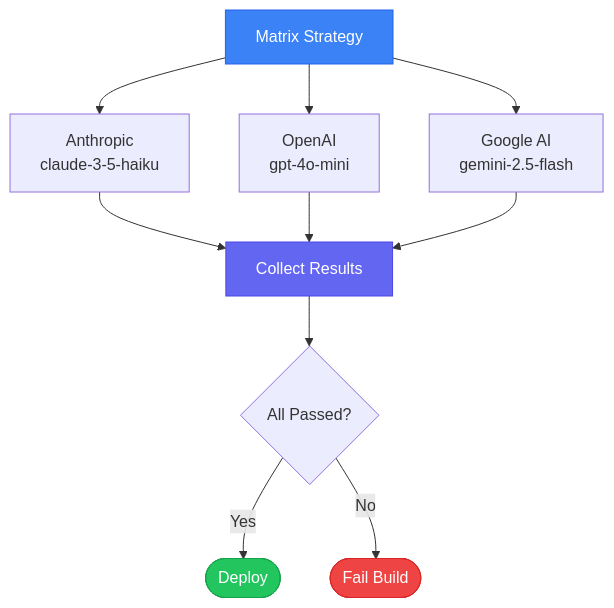
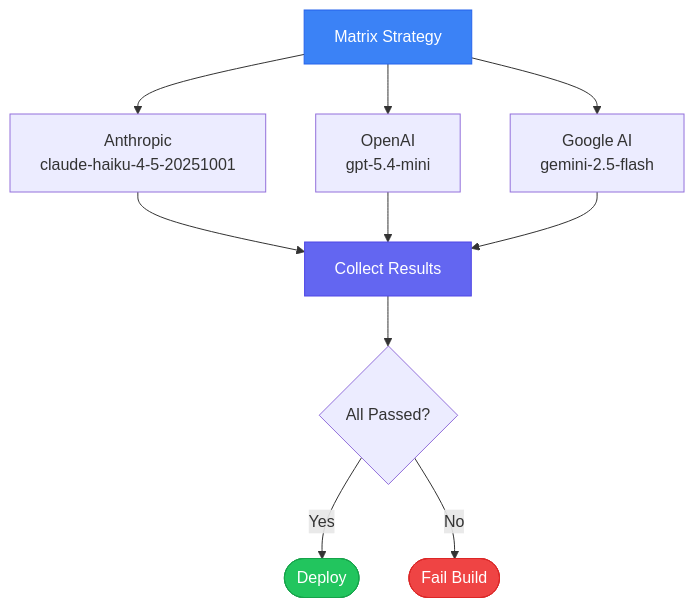
Before and after one commit to juspay/neurolink-blog: the second of 3 diagrams in _posts/2026-03-24-github-actions-ai-cicd.md, drawn with Mermaid. The commit also changed other lines of this file and 172 other files, not shown here.

````diff
--- a/_posts/2026-03-24-github-actions-ai-cicd.md
+++ b/_posts/2026-03-24-github-actions-ai-cicd.md
@@ -296,20 +296,20 @@
 ```mermaid
 flowchart TB
     MATRIX["Matrix Strategy"]
-    MATRIX --> ANTHROPIC["Anthropic<br/>claude-3-5-haiku"]
-    MATRIX --> OPENAI["OpenAI<br/>gpt-4o-mini"]
+    MATRIX --> ANTHROPIC["Anthropic<br/>claude-haiku-4-5-20251001"]
+    MATRIX --> OPENAI["OpenAI<br/>gpt-5.4-mini"]
     MATRIX --> GOOGLE["Google AI<br/>gemini-2.5-flash"]
 
     ANTHROPIC --> COLLECT["Collect Results"]
     OPENAI --> COLLECT
     GOOGLE --> COLLECT
 
     COLLECT --> GATE{"All Passed?"}
     GATE -- Yes --> DEPLOY(["Deploy"])
     GATE -- No --> FAIL(["Fail Build"])
 
     style MATRIX fill:#3b82f6,stroke:#2563eb,color:#fff
     style COLLECT fill:#6366f1,stroke:#4f46e5,color:#fff
     style DEPLOY fill:#22c55e,stroke:#16a34a,color:#fff
     style FAIL fill:#ef4444,stroke:#dc2626,color:#fff
 ```
````
